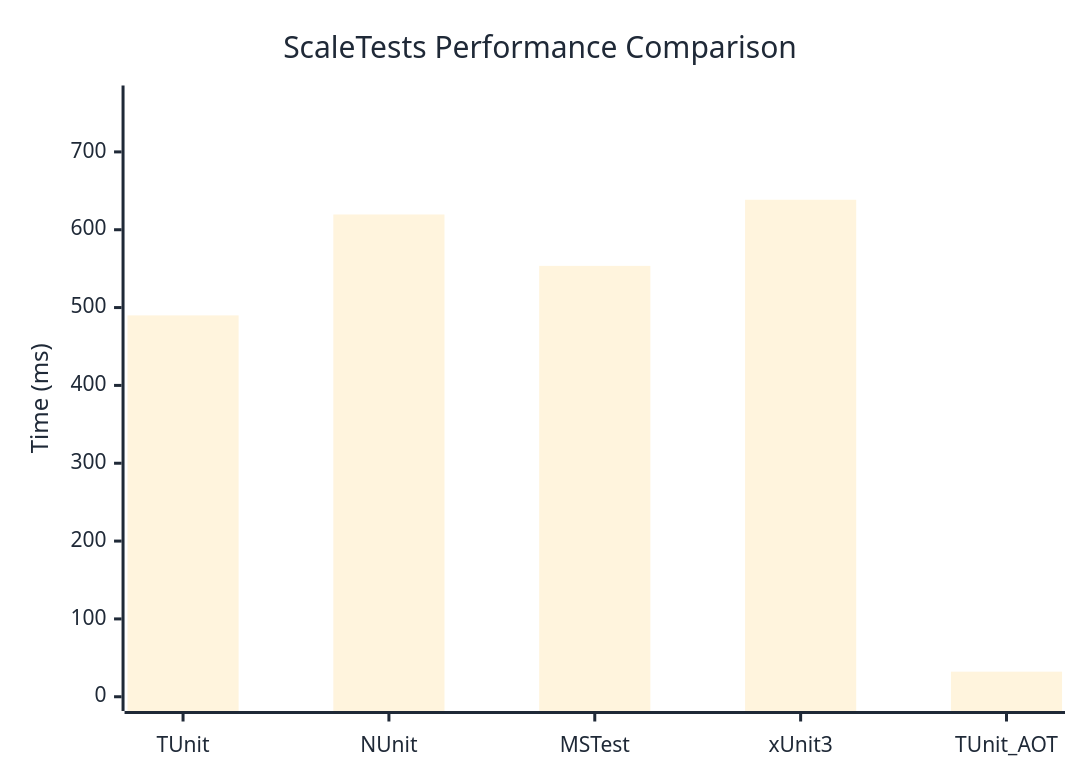
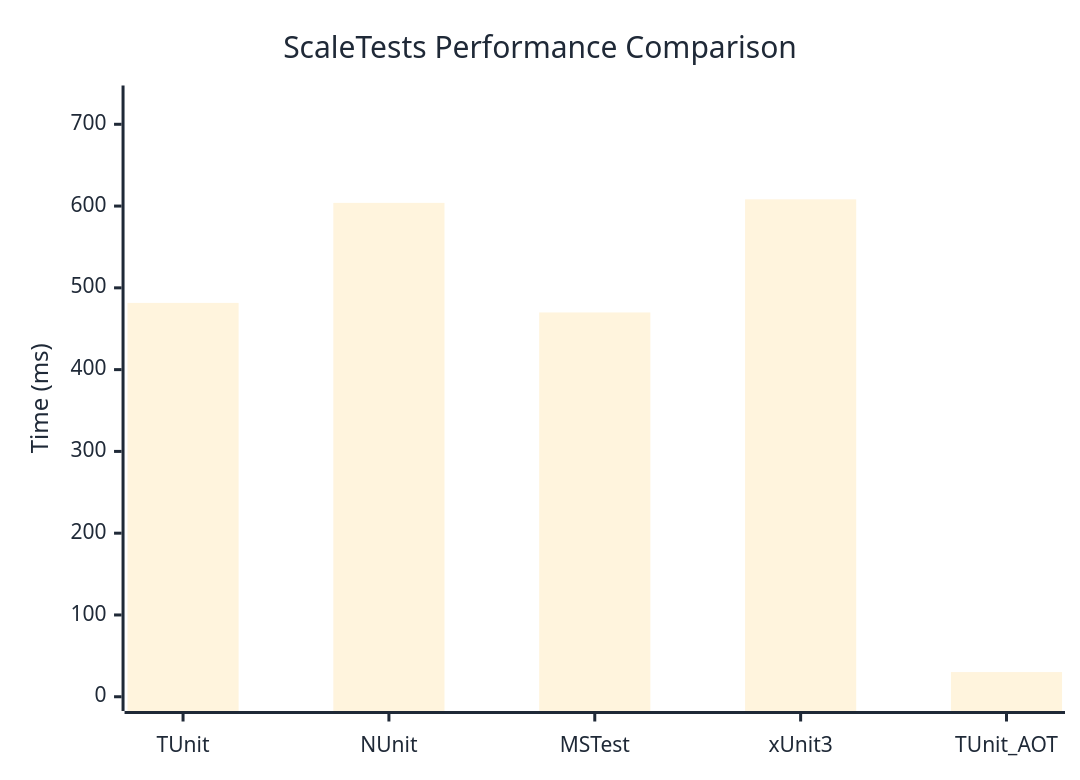
The diagram in docs/docs/benchmarks/ScaleTests.md (thomhurst/TUnit), drawn with Mermaid before and after one commit. The commit also changed other lines of this file and 17 other files, not shown here.

````diff
--- a/docs/docs/benchmarks/ScaleTests.md
+++ b/docs/docs/benchmarks/ScaleTests.md
@@ -27,37 +27,37 @@
 ```mermaid
 %%{init: {
   'theme':'base',
   'themeVariables': {
     'primaryColor': '#2563eb',
     'primaryTextColor': '#1f2937',
     'primaryBorderColor': '#1e40af',
     'lineColor': '#6b7280',
     'secondaryColor': '#7c3aed',
     'tertiaryColor': '#dc2626',
     'background': '#ffffff',
     'mainBkg': '#2563eb',
     'secondBkg': '#7c3aed',
     'tertiaryBkg': '#dc2626',
     'clusterBkg': '#f3f4f6',
     'edgeLabelBackground': '#ffffff',
     'tertiaryTextColor': '#1f2937',
     'pie1': '#2563eb',
     'pie2': '#7c3aed',
     'pie3': '#dc2626',
     'pie4': '#f59e0b',
     'pie5': '#10b981',
     'pie6': '#06b6d4',
     'pie7': '#ec4899',
     'pie8': '#6366f1',
     'pie9': '#84cc16',
     'pie10': '#f97316',
     'pie11': '#14b8a6',
     'pie12': '#a855f7'
   }
 }}%%
 xychart-beta
   title "ScaleTests Performance Comparison"
   x-axis ["TUnit", "NUnit", "MSTest", "xUnit3", "TUnit_AOT"]
-  y-axis "Time (ms)" 0 --> 767
-  bar [489.96, 619.59, 553.58, 638.5, 32.23]
+  y-axis "Time (ms)" 0 --> 730
+  bar [481.6, 603.89, 469.93, 608.23, 30.17]
 ```
````
